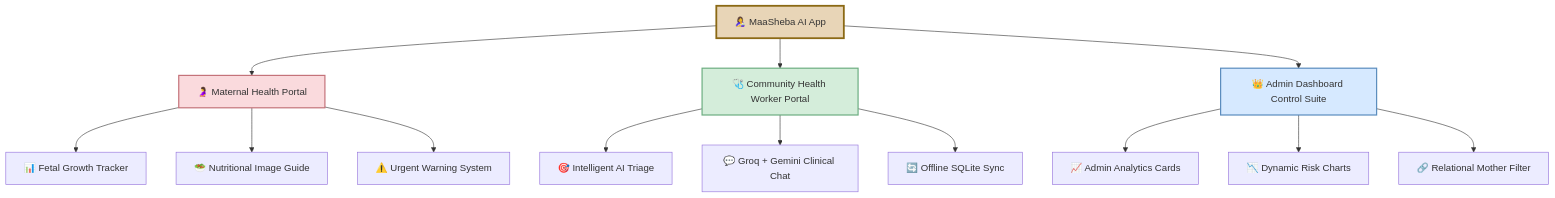
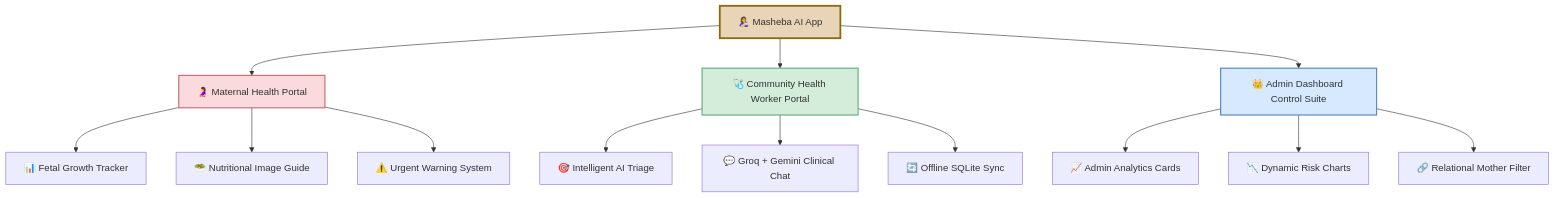
One commit to DigontaDas/MaSheba--AI changed the diagram in README.md. Above: the diagram before and after it, drawn with Mermaid. The commit also changed other lines of this file, not shown here.

````diff
--- a/README.md
+++ b/README.md
@@ -81,23 +81,23 @@
 ```mermaid
 graph TD
-    A["🤱 MaaSheba AI App"] --> B["🤰 Maternal Health Portal"]
+    A["🤱 Masheba AI App"] --> B["🤰 Maternal Health Portal"]
     A --> C["🩺 Community Health Worker Portal"]
     A --> D["👑 Admin Dashboard Control Suite"]
     
     B --> B1["📊 Fetal Growth Tracker"]
     B --> B2["🥗 Nutritional Image Guide"]
     B --> B3["⚠️ Urgent Warning System"]
     
     C --> C1["🎯 Intelligent AI Triage"]
     C --> C2["💬 Groq + Gemini Clinical Chat"]
     C --> C3["🔄 Offline SQLite Sync"]
     
     D --> D1["📈 Admin Analytics Cards"]
     D --> D2["📉 Dynamic Risk Charts"]
     D --> D3["🔗 Relational Mother Filter"]
 
     style A fill:#E8D5B7,stroke:#8B6914,stroke-width:3px,color:#333
     style B fill:#FADADD,stroke:#C4737A,stroke-width:2px,color:#333
     style C fill:#D4EDDA,stroke:#6DAE81,stroke-width:2px,color:#333
     style D fill:#D6E9FF,stroke:#5B8DBE,stroke-width:2px,color:#333
 ```
````
